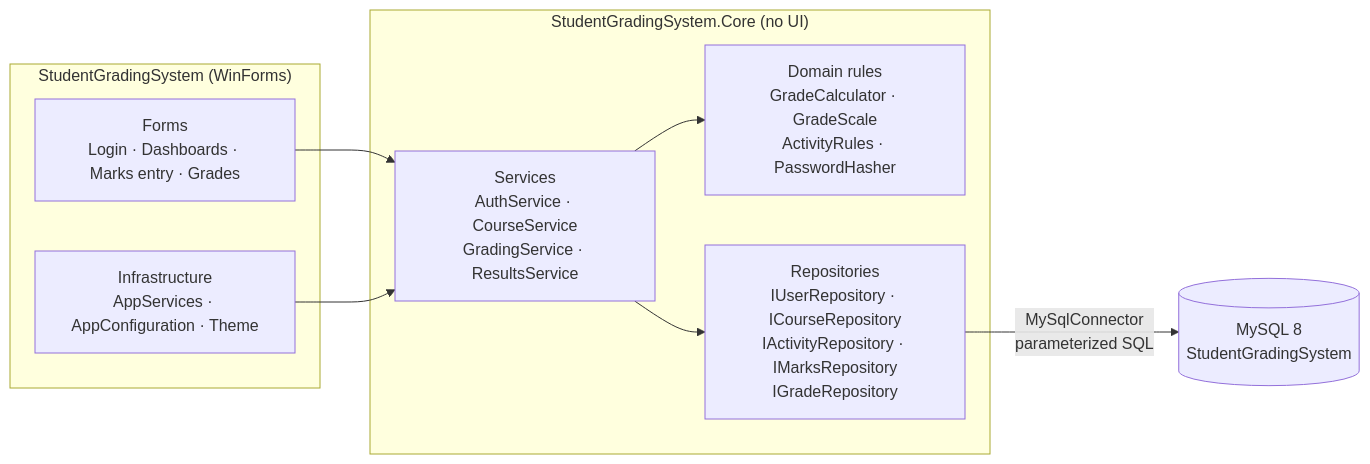
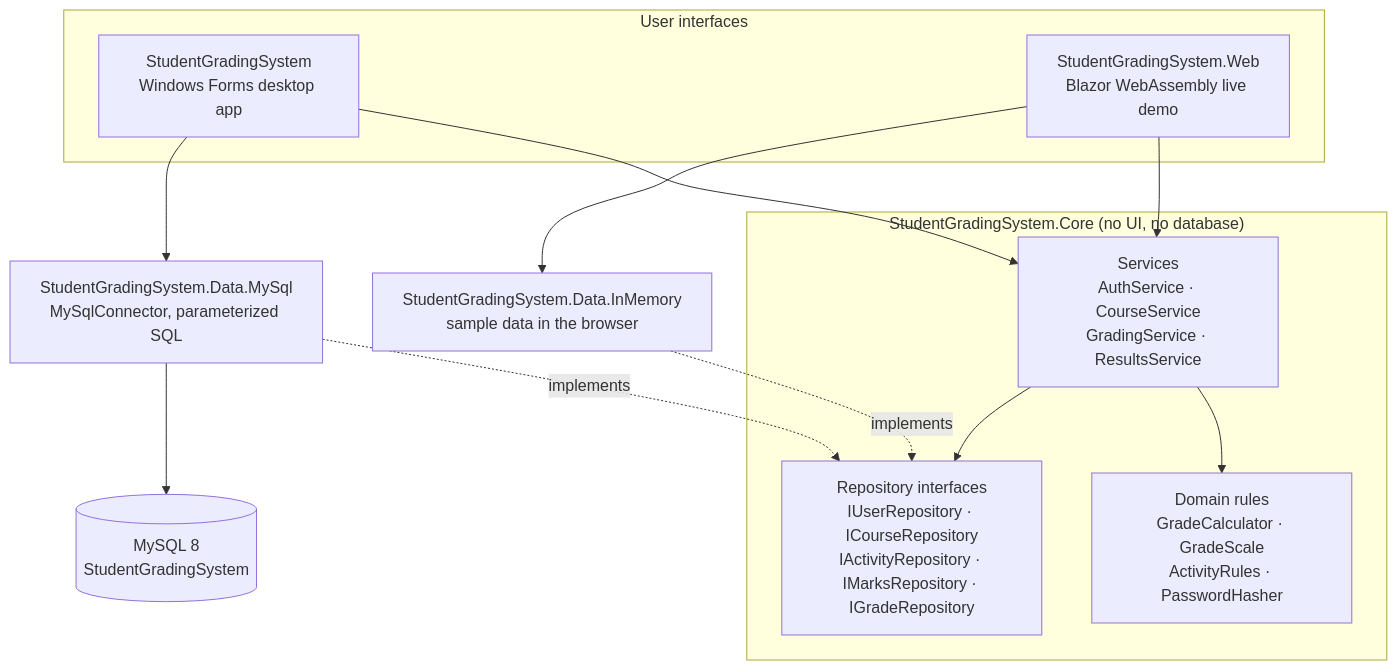
Before and after one commit to Kianis534/student-grading-system-csharp-mysql: the first of 2 diagrams in README.md, drawn with Mermaid. The commit also changed other lines of this file and 4 other files, not shown here.

First line of the commit message:
Document the live demo and release 1.1.0

````diff
--- a/README.md
+++ b/README.md
@@ -301,21 +340,27 @@
 ```mermaid
-flowchart LR
-    subgraph UI["StudentGradingSystem (WinForms)"]
-        Forms["Forms<br/>Login · Dashboards · Marks entry · Grades"]
-        Infra["Infrastructure<br/>AppServices · AppConfiguration · Theme"]
+flowchart TB
+    subgraph Apps["User interfaces"]
+        Desktop["StudentGradingSystem<br/>Windows Forms desktop app"]
+        Web["StudentGradingSystem.Web<br/>Blazor WebAssembly live demo"]
     end
 
-    subgraph Core["StudentGradingSystem.Core (no UI)"]
+    subgraph Core["StudentGradingSystem.Core (no UI, no database)"]
         Services["Services<br/>AuthService · CourseService<br/>GradingService · ResultsService"]
         Domain["Domain rules<br/>GradeCalculator · GradeScale<br/>ActivityRules · PasswordHasher"]
-        Repos["Repositories<br/>IUserRepository · ICourseRepository<br/>IActivityRepository · IMarksRepository<br/>IGradeRepository"]
+        Ports["Repository interfaces<br/>IUserRepository · ICourseRepository<br/>IActivityRepository · IMarksRepository · IGradeRepository"]
     end
 
+    MySqlRepos["StudentGradingSystem.Data.MySql<br/>MySqlConnector, parameterized SQL"]
+    MemoryRepos["StudentGradingSystem.Data.InMemory<br/>sample data in the browser"]
     DB[("MySQL 8<br/>StudentGradingSystem")]
 
-    Forms --> Services
-    Infra --> Services
+    Desktop --> Services
+    Web --> Services
     Services --> Domain
-    Services --> Repos
-    Repos -- "MySqlConnector<br/>parameterized SQL" --> DB
+    Services --> Ports
+    MySqlRepos -. implements .-> Ports
+    MemoryRepos -. implements .-> Ports
+    Desktop --> MySqlRepos
+    Web --> MemoryRepos
+    MySqlRepos --> DB
 ```
````
